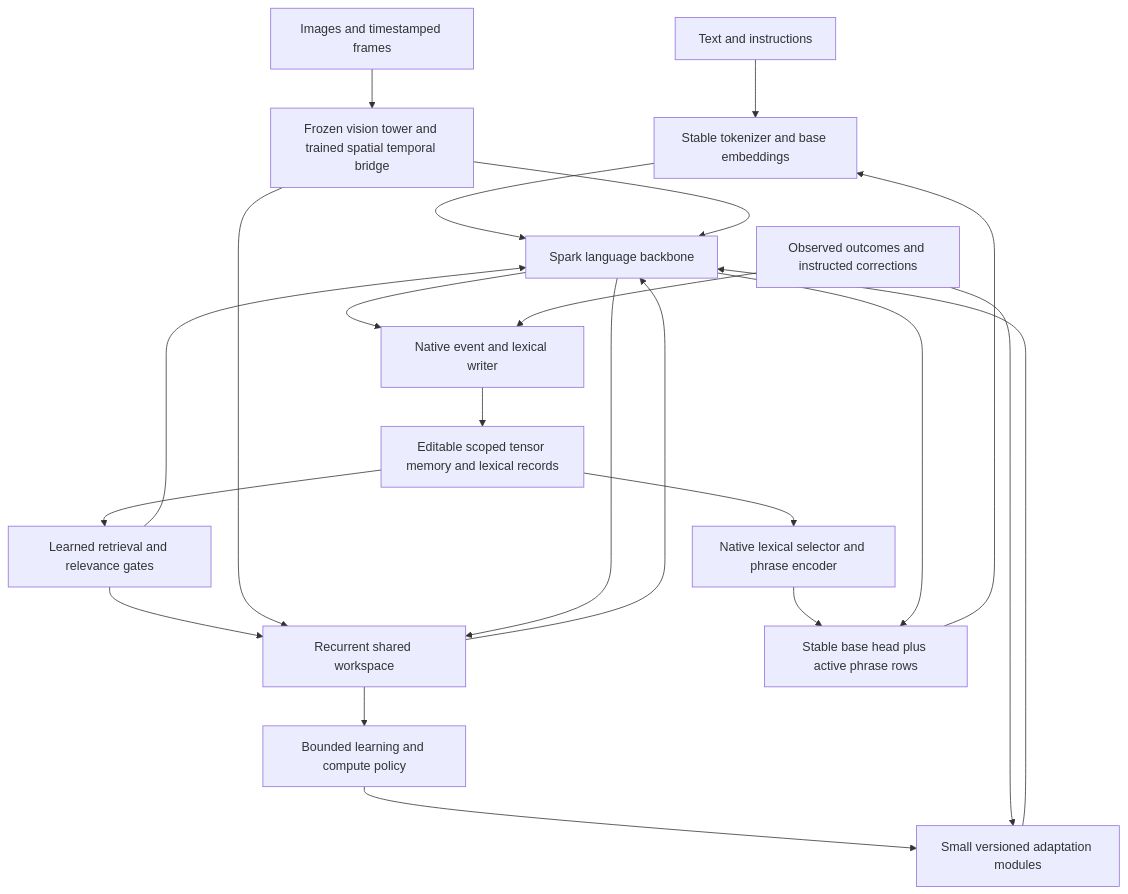
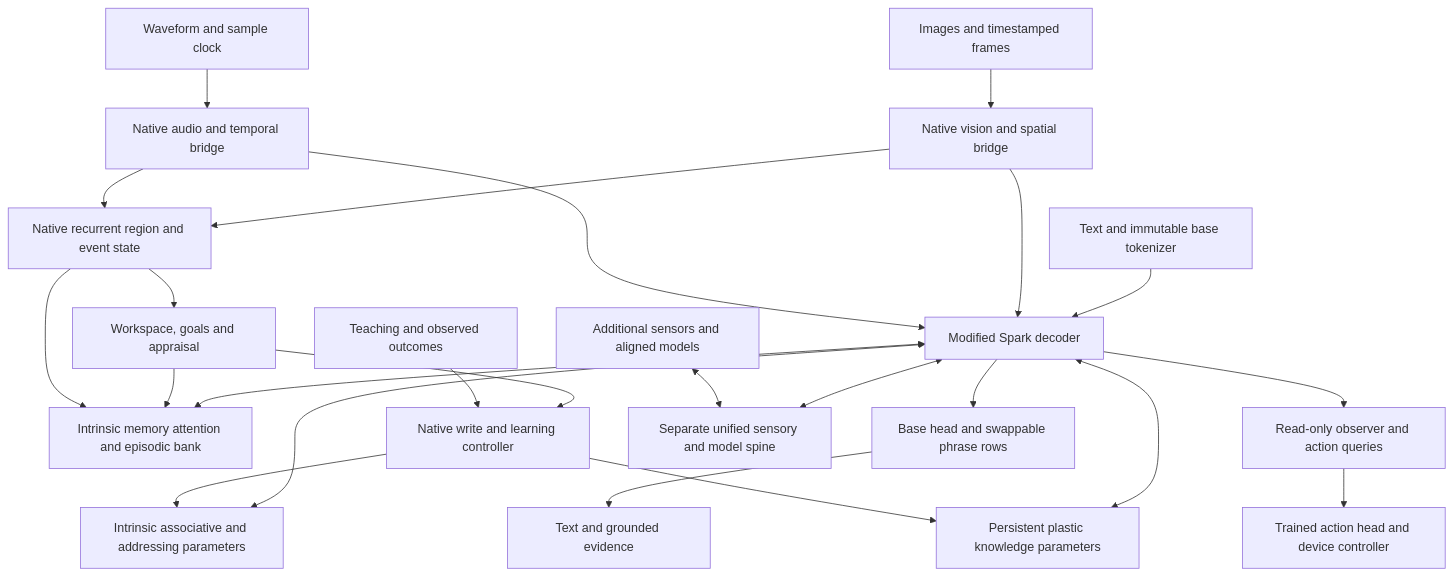
One commit to BaiTian6641/replica_r3_starter changed the diagram in docs/architecture/21_SparkX_2_6_4B_Consolidated_Architecture_and_MiniCPM_Validation.md. Above: the diagram before and after it, drawn with Mermaid. The commit also changed other lines of this file and 31 other files, not shown here.

````diff
--- a/docs/architecture/21_SparkX_2_6_4B_Consolidated_Architecture_and_MiniCPM_Validation.md
+++ b/docs/architecture/21_SparkX_2_6_4B_Consolidated_Architecture_and_MiniCPM_Validation.md
@@ -74,24 +64,26 @@
 ```mermaid
-flowchart TD
-    T[Text and instructions] --> B[Stable tokenizer and base embeddings]
-    I[Images and timestamped frames] --> V[Frozen vision tower and trained spatial temporal bridge]
-    B --> S[Spark language backbone]
-    V --> S
-    S --> W[Native event and lexical writer]
-    W --> M[Editable scoped tensor memory and lexical records]
-    M --> R[Learned retrieval and relevance gates]
-    R --> S
-    R --> C[Recurrent shared workspace]
-    V --> C
-    S --> C
-    C --> P[Bounded learning and compute policy]
-    C --> S
-    M --> Q[Native lexical selector and phrase encoder]
-    Q --> O[Stable base head plus active phrase rows]
-    S --> O
-    O --> B
-    P --> A[Small versioned adaptation modules]
-    A --> S
-    F[Observed outcomes and instructed corrections] --> W
-    F --> A
+flowchart TB
+    T[Text and immutable base tokenizer] --> B[Modified Spark decoder]
+    I[Images and timestamped frames] --> V[Native vision and spatial bridge]
+    A[Waveform and sample clock] --> E[Native audio and temporal bridge]
+    V --> B
+    E --> B
+    V --> P[Native recurrent region and event state]
+    E --> P
+    P --> C[Workspace, goals and appraisal]
+    B <--> M[Intrinsic memory attention and episodic bank]
+    B <--> F[Intrinsic associative and addressing parameters]
+    B <--> K[Persistent plastic knowledge parameters]
+    C --> M
+    C --> L[Native write and learning controller]
+    P --> M
+    L --> F
+    L --> K
+    TE[Teaching and observed outcomes] --> L
+    B --> H[Base head and swappable phrase rows]
+    H --> O[Text and grounded evidence]
+    B <--> J[Separate unified sensory and model spine]
+    X[Additional sensors and aligned models] <--> J
+    B --> R[Read-only observer and action queries]
+    R --> D[Trained action head and device controller]
 ```
````
